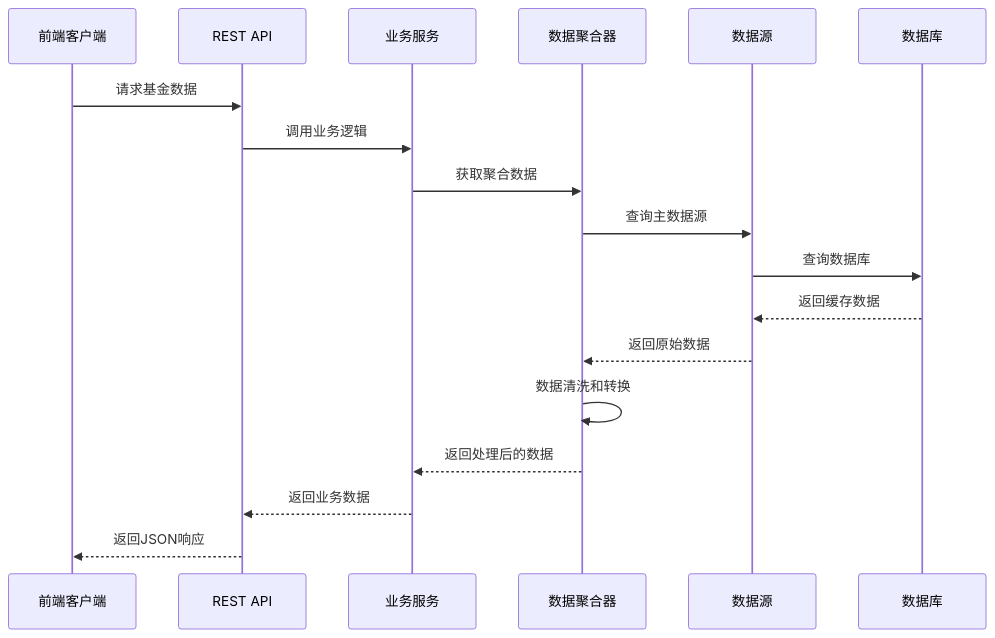
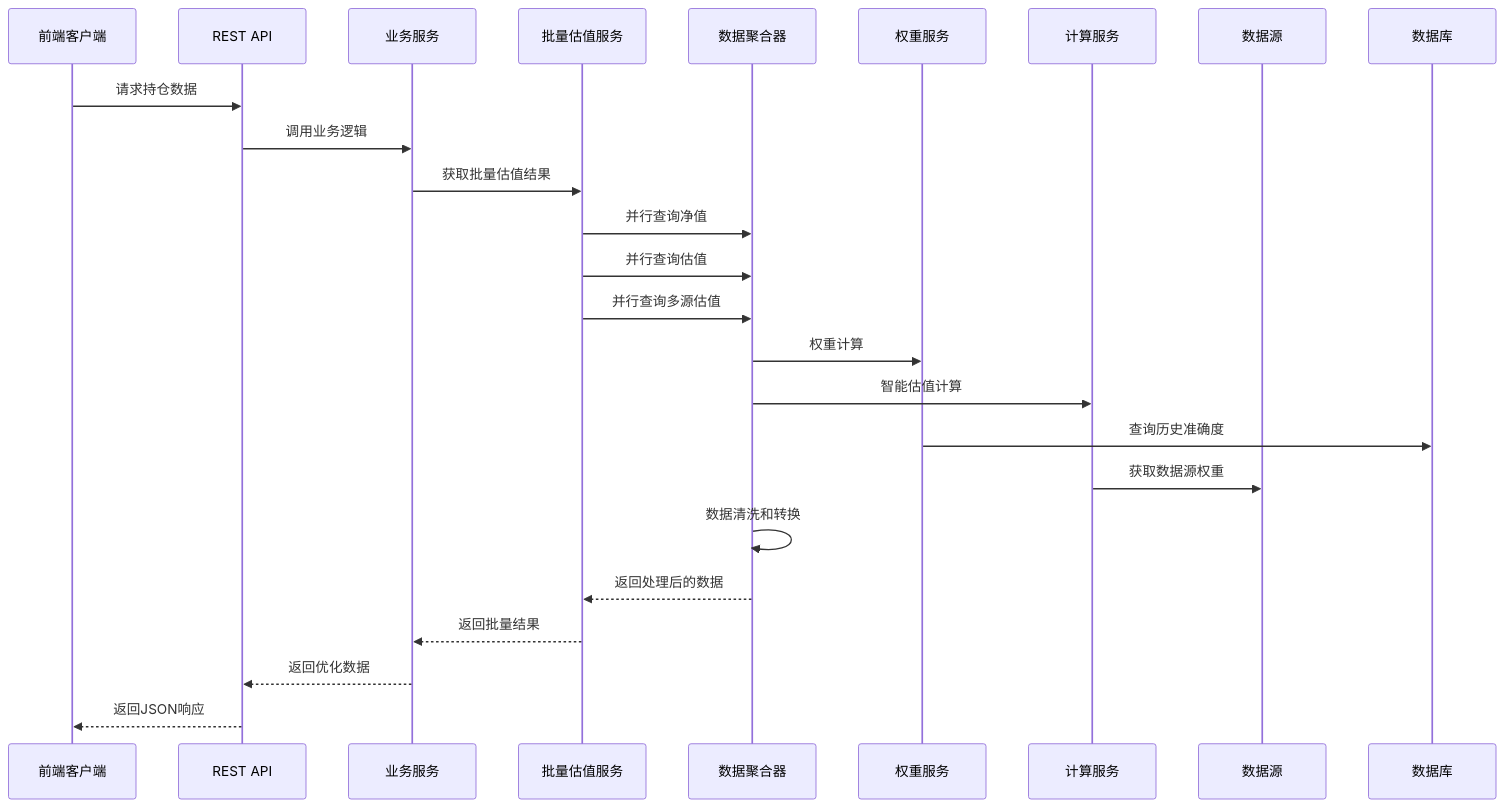
One commit to gree-coder/fund-butler changed the tenth of 11 diagrams in .qoder/repowiki/zh/content/核心功能开发/实时市场数据可视化.md. Above: the diagram before and after it, drawn with Mermaid. The commit also changed other lines of this file and 23 other files, not shown here.

````diff
--- a/.qoder/repowiki/zh/content/核心功能开发/实时市场数据可视化.md
+++ b/.qoder/repowiki/zh/content/核心功能开发/实时市场数据可视化.md
@@ -378,20 +453,27 @@
 ```mermaid
 sequenceDiagram
 participant Client as 前端客户端
 participant API as REST API
 participant Service as 业务服务
+participant BatchService as 批量估值服务
 participant Aggregator as 数据聚合器
+participant WeightService as 权重服务
+participant CalcService as 计算服务
 participant DataSource as 数据源
 participant DB as 数据库
-Client->>API : 请求基金数据
+Client->>API : 请求持仓数据
 API->>Service : 调用业务逻辑
-Service->>Aggregator : 获取聚合数据
-Aggregator->>DataSource : 查询主数据源
-DataSource->>DB : 查询数据库
-DB-->>DataSource : 返回缓存数据
-DataSource-->>Aggregator : 返回原始数据
+Service->>BatchService : 获取批量估值结果
+BatchService->>Aggregator : 并行查询净值
+BatchService->>Aggregator : 并行查询估值
+BatchService->>Aggregator : 并行查询多源估值
+Aggregator->>WeightService : 权重计算
+Aggregator->>CalcService : 智能估值计算
+WeightService->>DB : 查询历史准确度
+CalcService->>DataSource : 获取数据源权重
 Aggregator->>Aggregator : 数据清洗和转换
-Aggregator-->>Service : 返回处理后的数据
-Service-->>API : 返回业务数据
+Aggregator-->>BatchService : 返回处理后的数据
+BatchService-->>Service : 返回批量结果
+Service-->>API : 返回优化数据
 API-->>Client : 返回JSON响应
 ```
````
